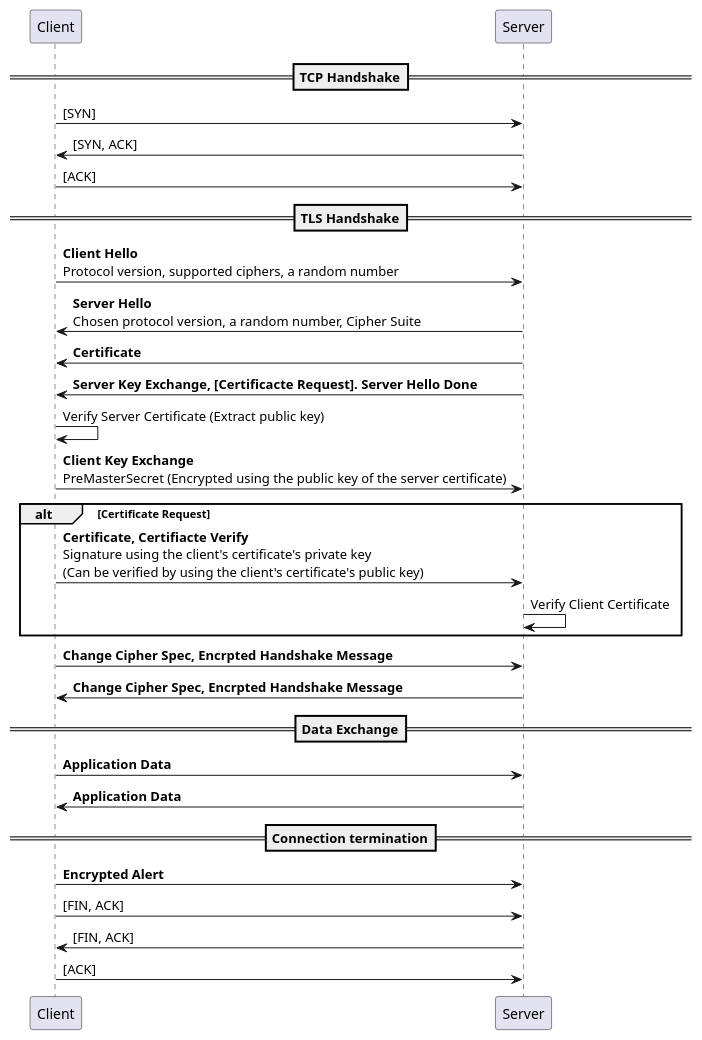
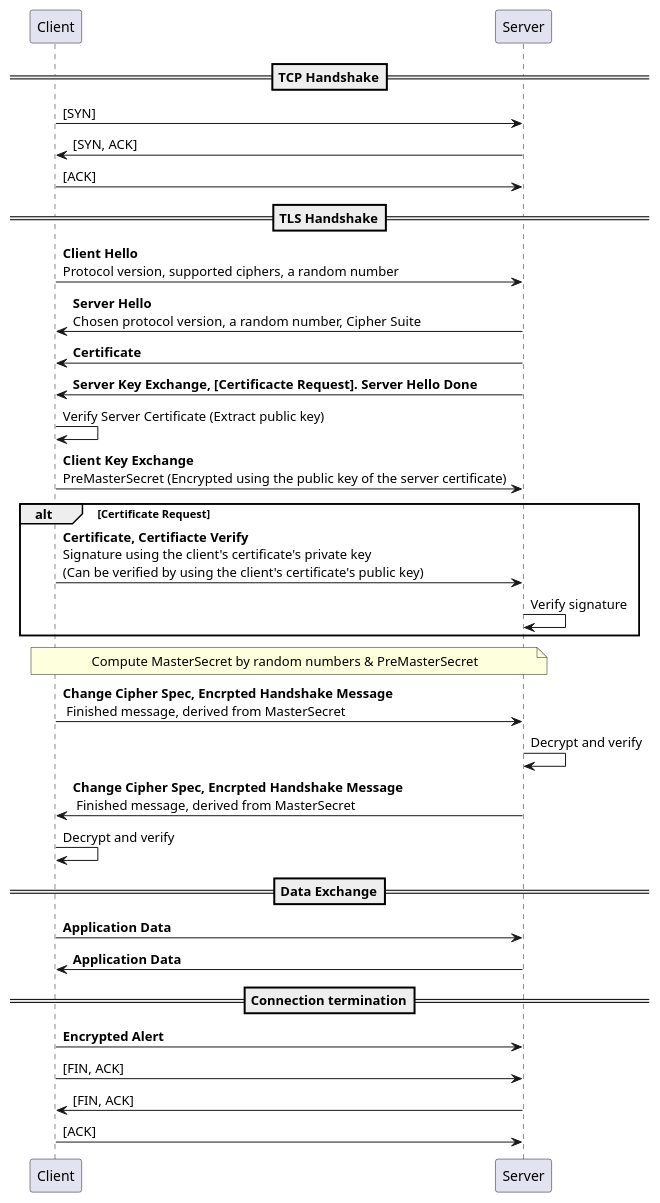
One commit to yidas/web-service-protocols changed the diagram in http/https-flow.plantuml. Above: the diagram before and after it, drawn with PlantUML.

```diff
--- a/http/https-flow.plantuml
+++ b/http/https-flow.plantuml
@@ -1,29 +1,32 @@
 @startuml
 participant "Client" as c
 participant "Server" as s
 ==TCP Handshake==
 c->s: [SYN]
 s->c: [SYN, ACK]
 c->s: [ACK]
 ==TLS Handshake==
 c->s: **Client Hello**\nProtocol version, supported ciphers, a random number
 s->c: **Server Hello**\nChosen protocol version, a random number, Cipher Suite
 s->c: **Certificate**
 s->c: **Server Key Exchange, [Certificacte Request]. Server Hello Done**
 c->c: Verify Server Certificate (Extract public key)
 c->s: **Client Key Exchange**\nPreMasterSecret (Encrypted using the public key of the server certificate)
 alt Certificate Request
 c->s: **Certificate, Certifiacte Verify**\nSignature using the client's certificate's private key\n(Can be verified by using the client's certificate's public key)
-s->s: Verify Client Certificate
+s->s: Verify signature
 end
-c->s: **Change Cipher Spec, Encrpted Handshake Message**
-s->c: **Change Cipher Spec, Encrpted Handshake Message**
+note over c, s: Compute MasterSecret by random numbers & PreMasterSecret
+c->s: **Change Cipher Spec, Encrpted Handshake Message**\n Finished message, derived from MasterSecret
+s->s: Decrypt and verify
+s->c: **Change Cipher Spec, Encrpted Handshake Message**\n Finished message, derived from MasterSecret
+c->c: Decrypt and verify
 ==Data Exchange==
 c->s: **Application Data**
 s->c: **Application Data**
 ==Connection termination==
 c->s: **Encrypted Alert**
 c->s: [FIN, ACK]
 s->c: [FIN, ACK]
 c->s: [ACK]
 @enduml
```
